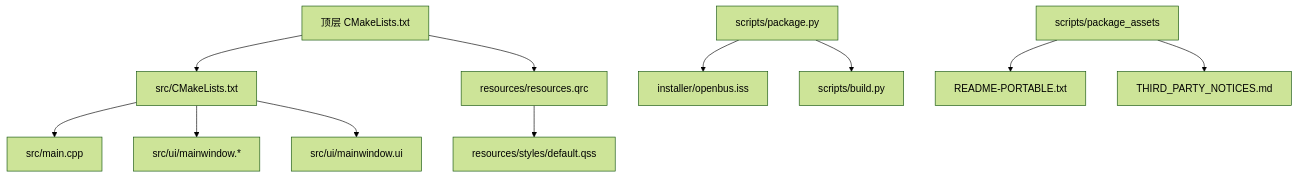
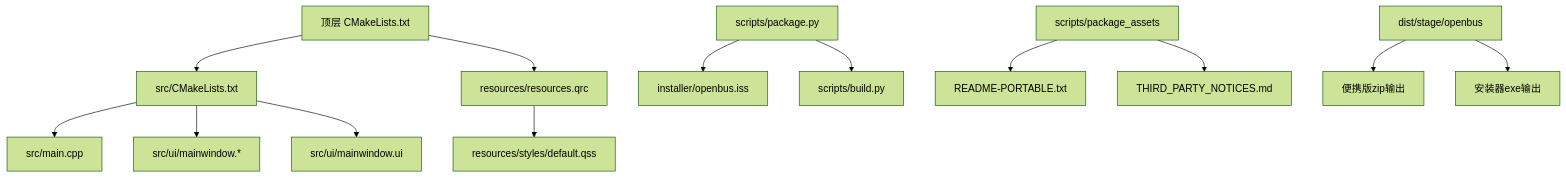
The first of 3 diagrams in .qoder/repowiki/zh/content/构建和部署/打包和部署.md (jakecai1225-design/OpenBus), drawn with Mermaid (forest theme) before and after one commit. The commit also changed other lines of this file and 19 other files, not shown here.

````diff
--- a/.qoder/repowiki/zh/content/构建和部署/打包和部署.md
+++ b/.qoder/repowiki/zh/content/构建和部署/打包和部署.md
@@ -46,13 +46,15 @@
 ```mermaid
 graph TB
 A["顶层 CMakeLists.txt"] --> B["src/CMakeLists.txt"]
 B --> C["src/main.cpp"]
 B --> D["src/ui/mainwindow.*"]
 B --> E["src/ui/mainwindow.ui"]
 A --> F["resources/resources.qrc"]
 F --> G["resources/styles/default.qss"]
 H["scripts/package.py"] --> I["installer/openbus.iss"]
 H --> J["scripts/build.py"]
 K["scripts/package_assets"] --> L["README-PORTABLE.txt"]
 K --> M["THIRD_PARTY_NOTICES.md"]
+N["dist/stage/openbus"] --> O["便携版zip输出"]
+N --> P["安装器exe输出"]
 ```
````
